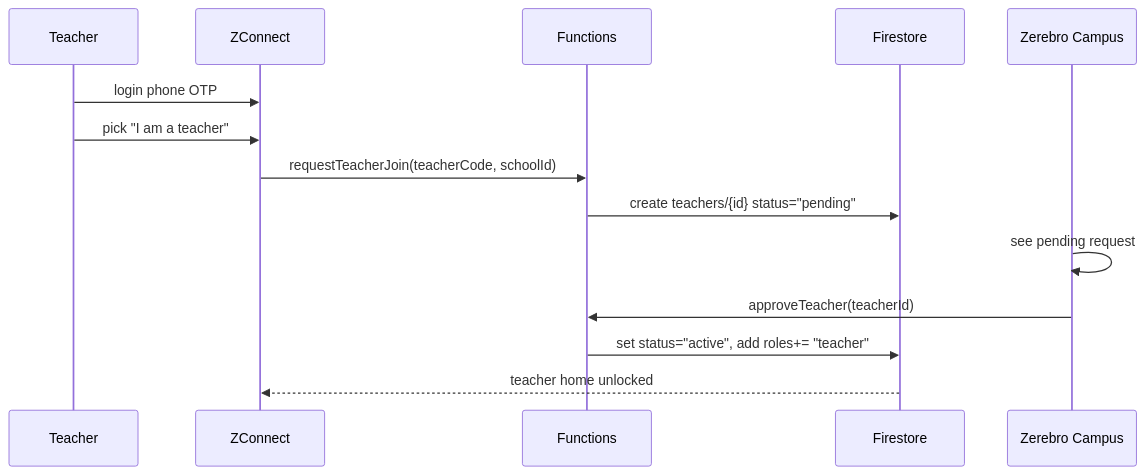
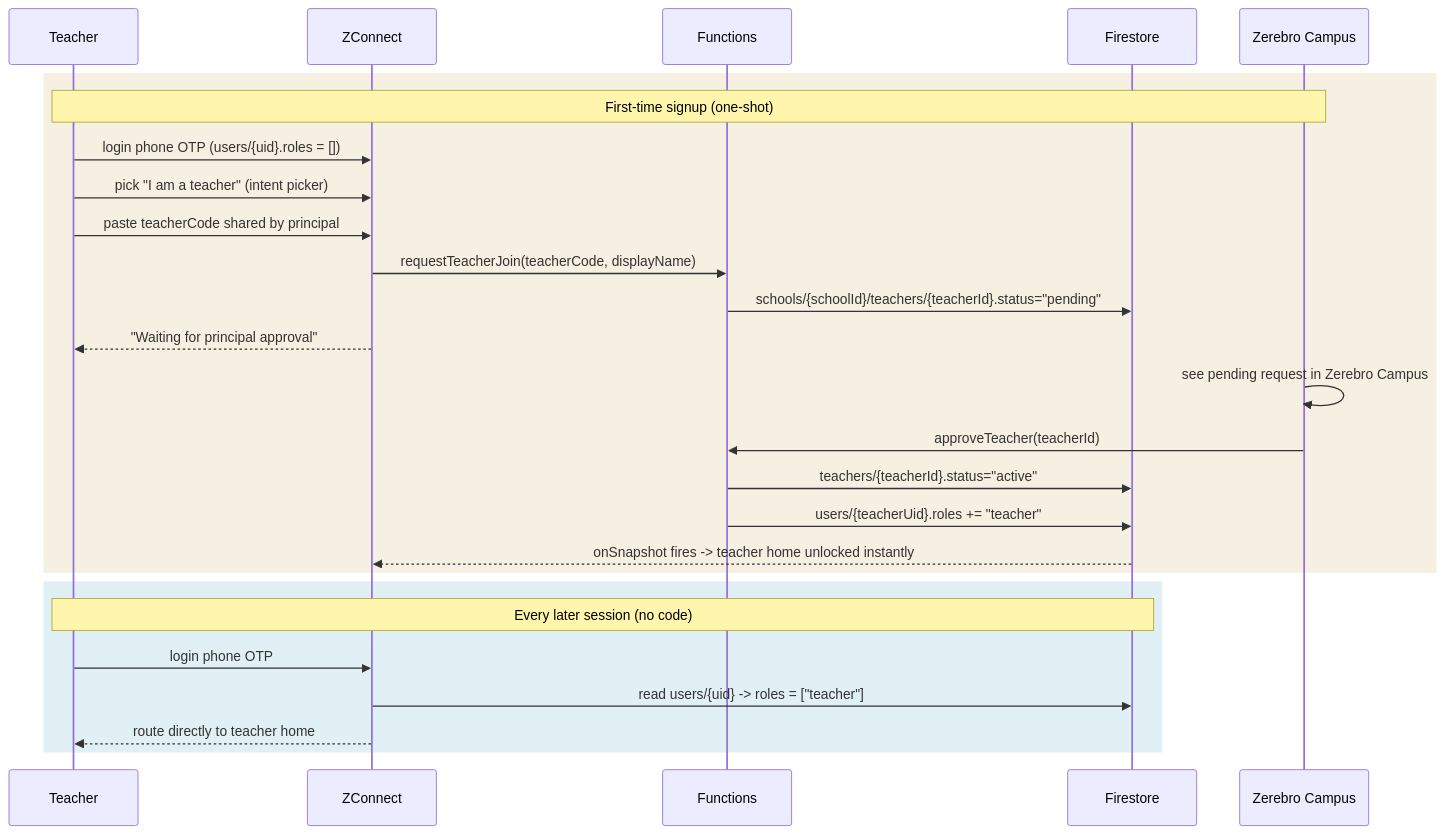
Before and after one commit to ZerebroKid/kidsafe-school: the fourth of 11 diagrams in docs/EDUCATION_AI_TECH_SPEC.md, drawn with Mermaid. The commit also changed other lines of this file and 2 other files, not shown here.

````diff
--- a/docs/EDUCATION_AI_TECH_SPEC.md
+++ b/docs/EDUCATION_AI_TECH_SPEC.md
@@ -371,17 +408,30 @@
 ```mermaid
 sequenceDiagram
   participant T as Teacher
   participant G as ZConnect
   participant FN as Functions
   participant FS as Firestore
   participant P as Zerebro Campus
 
-  T->>G: login phone OTP
-  T->>G: pick "I am a teacher"
-  G->>FN: requestTeacherJoin(teacherCode, schoolId)
-  FN->>FS: create teachers/{id} status="pending"
-  P->>P: see pending request
-  P->>FN: approveTeacher(teacherId)
-  FN->>FS: set status="active", add roles+= "teacher"
-  FS-->>G: teacher home unlocked
+  rect rgb(245, 240, 225)
+    Note over T,P: First-time signup (one-shot)
+    T->>G: login phone OTP (users/{uid}.roles = [])
+    T->>G: pick "I am a teacher" (intent picker)
+    T->>G: paste teacherCode shared by principal
+    G->>FN: requestTeacherJoin(teacherCode, displayName)
+    FN->>FS: schools/{schoolId}/teachers/{teacherId}.status="pending"
+    G-->>T: "Waiting for principal approval"
+    P->>P: see pending request in Zerebro Campus
+    P->>FN: approveTeacher(teacherId)
+    FN->>FS: teachers/{teacherId}.status="active"
+    FN->>FS: users/{teacherUid}.roles += "teacher"
+    FS-->>G: onSnapshot fires -> teacher home unlocked instantly
+  end
+
+  rect rgb(225, 240, 245)
+    Note over T,FS: Every later session (no code)
+    T->>G: login phone OTP
+    G->>FS: read users/{uid} -> roles = ["teacher"]
+    G-->>T: route directly to teacher home
+  end
 ```
````
